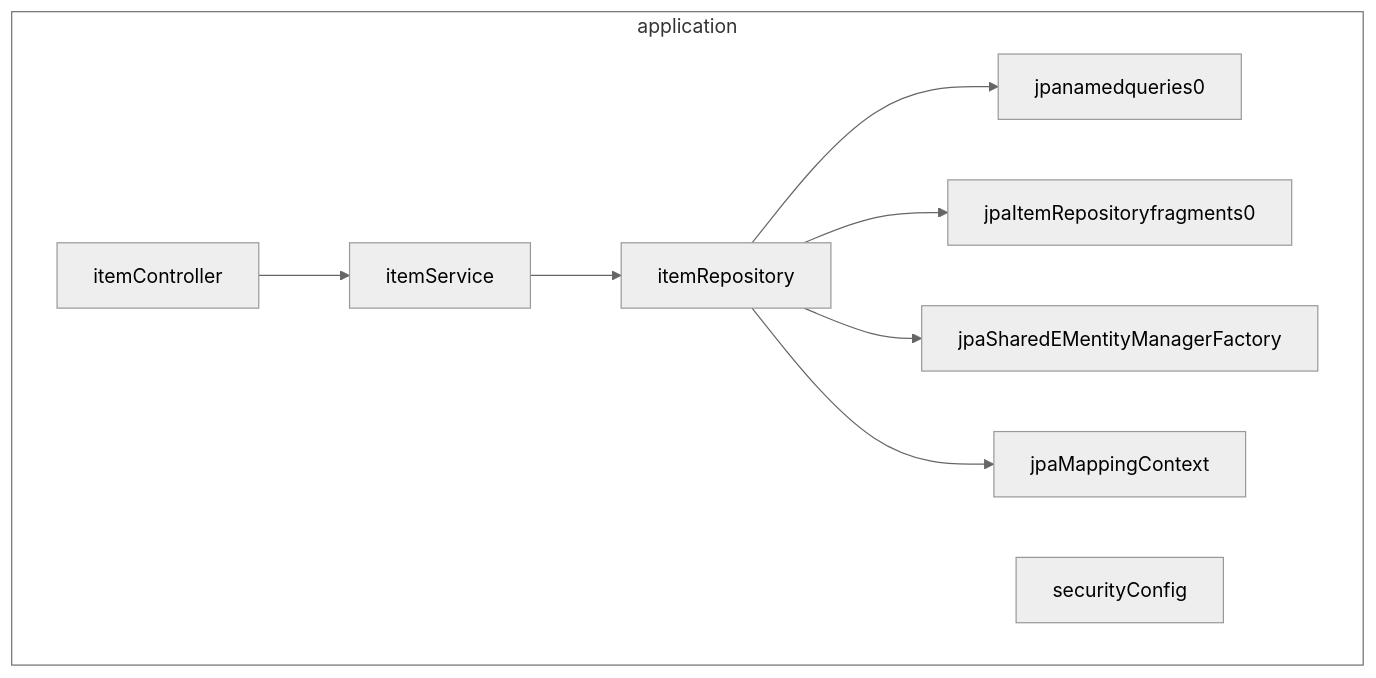
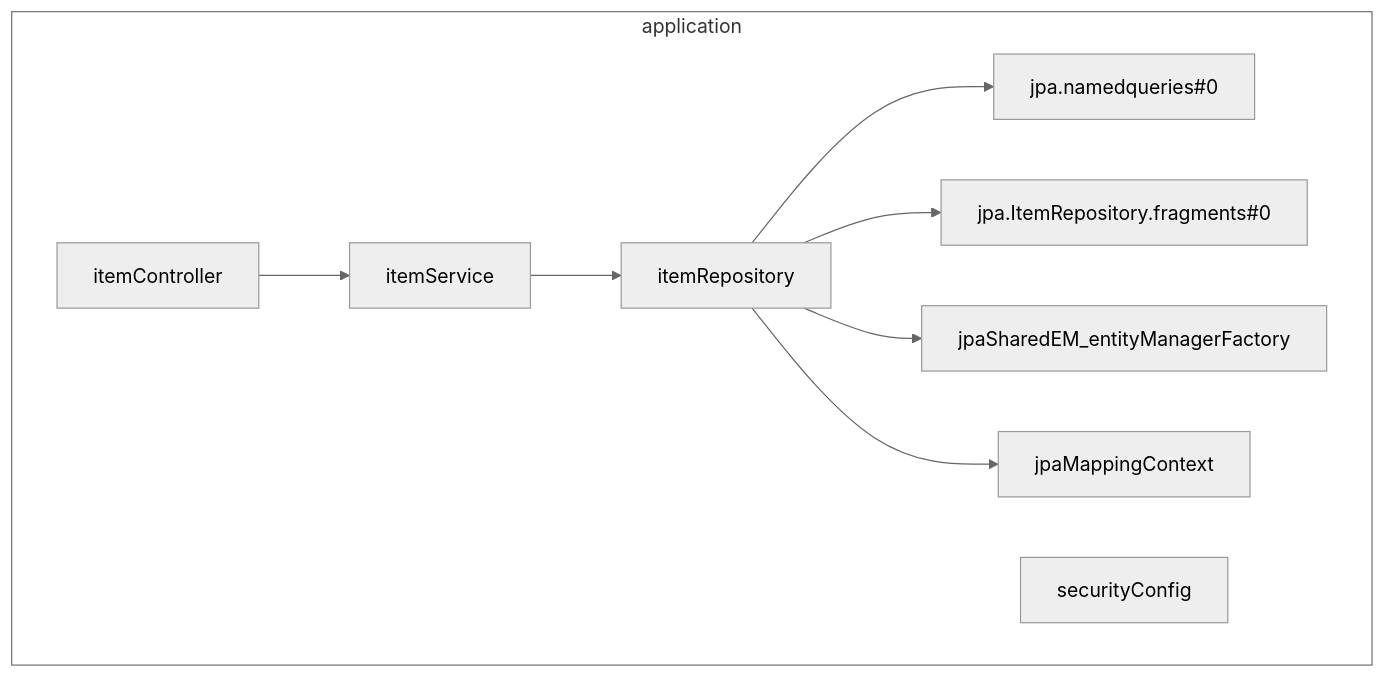
One commit to rudsvar/mermaid-beans changed the diagram in README.md. Above: the diagram before and after it, drawn with Mermaid (neutral theme). The commit also changed 1 other file, not shown here.

Commit message:
Allow even more characters

````diff
--- a/README.md
+++ b/README.md
@@ -5,18 +5,18 @@
 ```mermaid
 graph TD;
 classDef transparent fill:#0000
 subgraph application
 direction LR    demoApplication[demoApplication]
     itemController[itemController]
     itemController --> itemService
     itemRepository[itemRepository]
-    itemRepository --> jpanamedqueries0
-    itemRepository --> jpaItemRepositoryfragments0
-    itemRepository --> jpaSharedEMentityManagerFactory
+    itemRepository --> jpa.namedqueries#0
+    itemRepository --> jpa.ItemRepository.fragments#0
+    itemRepository --> jpaSharedEM_entityManagerFactory
     itemRepository --> jpaMappingContext
     itemService[itemService]
     itemService --> itemRepository
     securityConfig[securityConfig]
 end
 class application transparent
 ```
````
